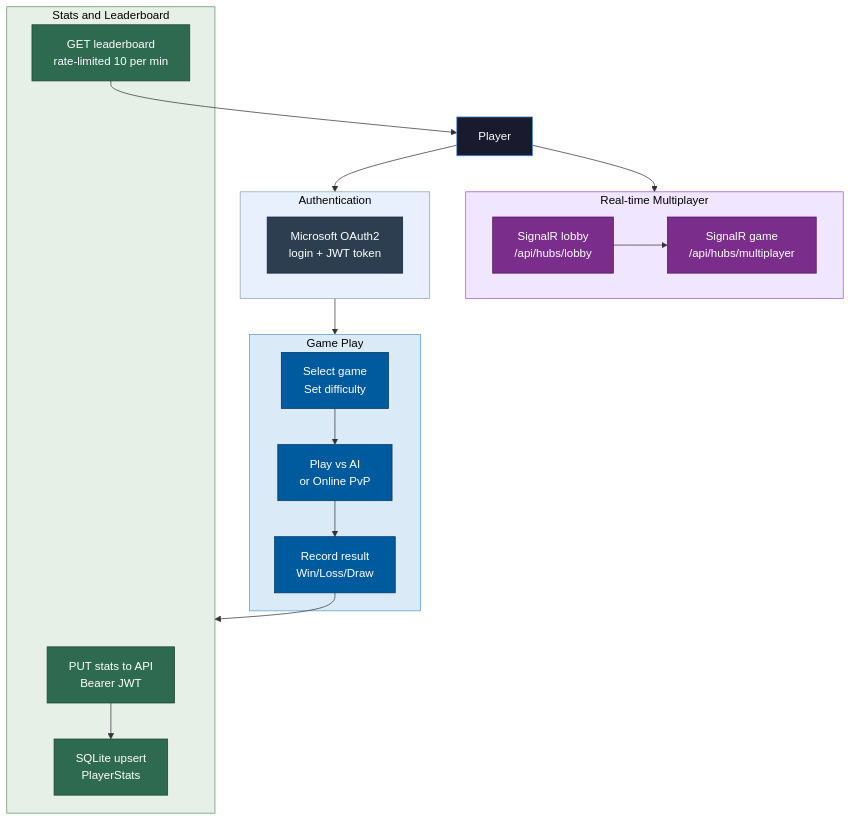
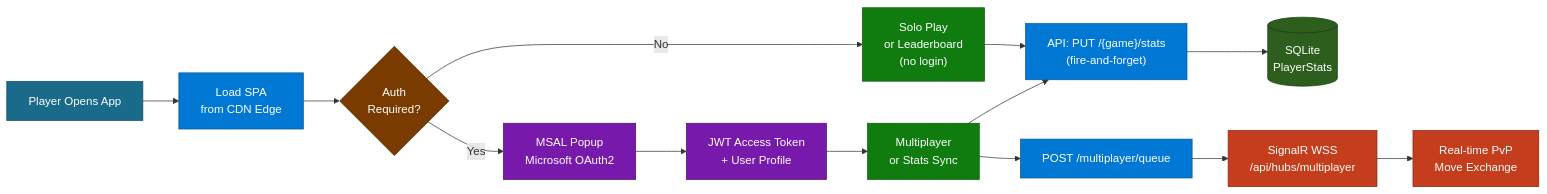
The diagram in docs/SystemFlow_SIMPLE.mmd (punkouter26/PoMiniGames), drawn with Mermaid before and after one commit. The commit also changed 124 other files, not shown here.

```diff
--- a/docs/SystemFlow_SIMPLE.mmd
+++ b/docs/SystemFlow_SIMPLE.mmd
@@ -1,48 +1,37 @@
-flowchart TD
-    Player["Player"]
-
-    subgraph AuthGroup["Authentication"]
-        A1["Microsoft OAuth2\nlogin + JWT token"]
-    end
-
-    subgraph GamePlay["Game Play"]
-        G1["Select game\nSet difficulty"]
-        G2["Play vs AI\nor Online PvP"]
-        G3["Record result\nWin/Loss/Draw"]
-    end
-
-    subgraph DataSync["Stats and Leaderboard"]
-        D1["PUT stats to API\nBearer JWT"]
-        D2["SQLite upsert\nPlayerStats"]
-        D3["GET leaderboard\nrate-limited 10 per min"]
-    end
-
-    subgraph Realtime["Real-time Multiplayer"]
-        R1["SignalR lobby\n/api/hubs/lobby"]
-        R2["SignalR game\n/api/hubs/multiplayer"]
-    end
-
-    Player --> AuthGroup
-    AuthGroup --> GamePlay
-    G1 --> G2
-    G2 --> G3
-    G3 --> DataSync
-    D1 --> D2
-    D3 --> Player
-    Player --> Realtime
-    R1 --> R2
-
-    style Player fill:#1a1a2e,stroke:#4e9af1,color:#fff
-    style A1 fill:#2c3e50,stroke:#16213e,color:#fff
-    style G1 fill:#005a9e,stroke:#003567,color:#fff
-    style G2 fill:#005a9e,stroke:#003567,color:#fff
-    style G3 fill:#005a9e,stroke:#003567,color:#fff
-    style D1 fill:#2d6a4f,stroke:#1b4332,color:#fff
-    style D2 fill:#2d6a4f,stroke:#1b4332,color:#fff
-    style D3 fill:#2d6a4f,stroke:#1b4332,color:#fff
-    style R1 fill:#7b2d8b,stroke:#4a1660,color:#fff
-    style R2 fill:#7b2d8b,stroke:#4a1660,color:#fff
-    style AuthGroup fill:#e8f0fe,stroke:#90a4ae,color:#000
-    style GamePlay fill:#daeaf7,stroke:#5b9bd5,color:#000
-    style DataSync fill:#e6f0e6,stroke:#5b9b5b,color:#000
-    style Realtime fill:#f0e6ff,stroke:#9b5bd5,color:#000
+flowchart LR
+    A["Player Opens App"]
+    B["Load SPA\nfrom CDN Edge"]
+    C{"Auth\nRequired?"}
+    D["Solo Play\nor Leaderboard\n(no login)"]
+    E["MSAL Popup\nMicrosoft OAuth2"]
+    F["JWT Access Token\n+ User Profile"]
+    G["Multiplayer\nor Stats Sync"]
+    H["API: PUT /{game}/stats\n(fire-and-forget)"]
+    I[("SQLite\nPlayerStats")]
+    J["POST /multiplayer/queue"]
+    K["SignalR WSS\n/api/hubs/multiplayer"]
+    L["Real-time PvP\nMove Exchange"]
+    A --> B
+    B --> C
+    C -- "No" --> D
+    C -- "Yes" --> E
+    E --> F
+    F --> G
+    D --> H
+    G --> H
+    H --> I
+    G --> J
+    J --> K
+    K --> L
+    style A fill:#1a6b8a,stroke:#0d4a66,color:#fff
+    style B fill:#0078d4,stroke:#005a9e,color:#fff
+    style C fill:#7a3b00,stroke:#4f2700,color:#fff
+    style D fill:#107c10,stroke:#0a5c0a,color:#fff
+    style E fill:#7719aa,stroke:#4e0f72,color:#fff
+    style F fill:#7719aa,stroke:#4e0f72,color:#fff
+    style G fill:#107c10,stroke:#0a5c0a,color:#fff
+    style H fill:#0078d4,stroke:#005a9e,color:#fff
+    style I fill:#2d5e1e,stroke:#1a3d10,color:#fff
+    style J fill:#0078d4,stroke:#005a9e,color:#fff
+    style K fill:#c43d1c,stroke:#8c2a12,color:#fff
+    style L fill:#c43d1c,stroke:#8c2a12,color:#fff
```
